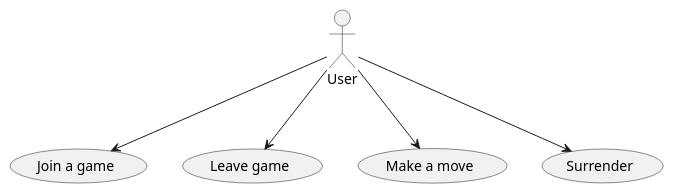
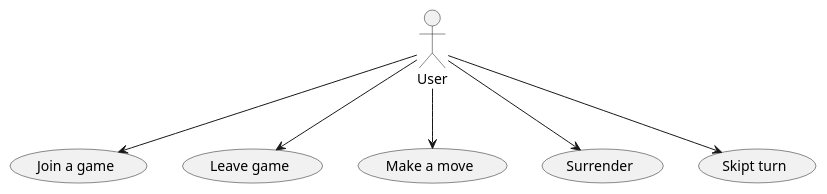
Before and after one commit to norbert791/TPlista5: the diagram in diagrams/useCase.puml, drawn with PlantUML. The commit also changed 3 other files, not shown here.

First line of the commit message:
Modified uml diagrams

```diff
--- a/diagrams/useCase.puml
+++ b/diagrams/useCase.puml
@@ -1,13 +1,15 @@
 @startuml
 'https://plantuml.com/use-case-diagram
 
 :User: as user
 (Join a game) as (join)
 (Leave game) as (leave)
 (Make a move) as (move)
 (Surrender) as (surr)
+(Skipt turn) as (skip)
 user --> join
 user --> leave
 user --> move
 user --> surr
+user --> skip
 @enduml
```
